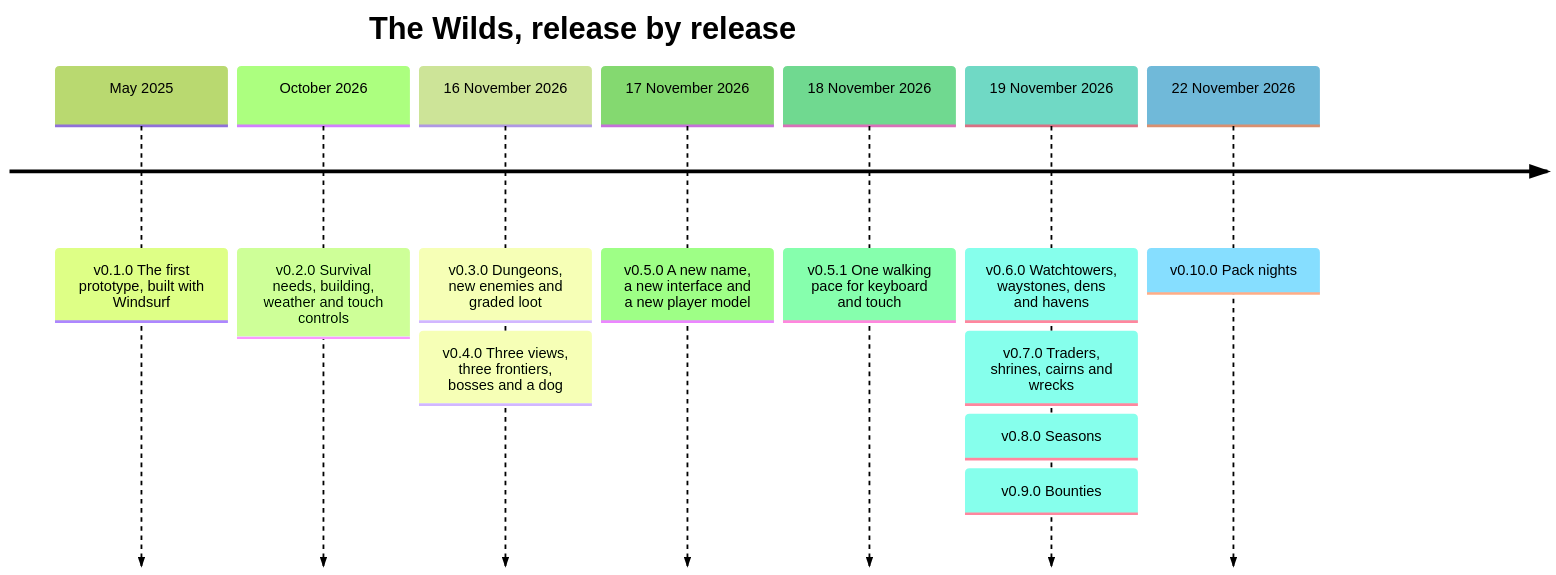
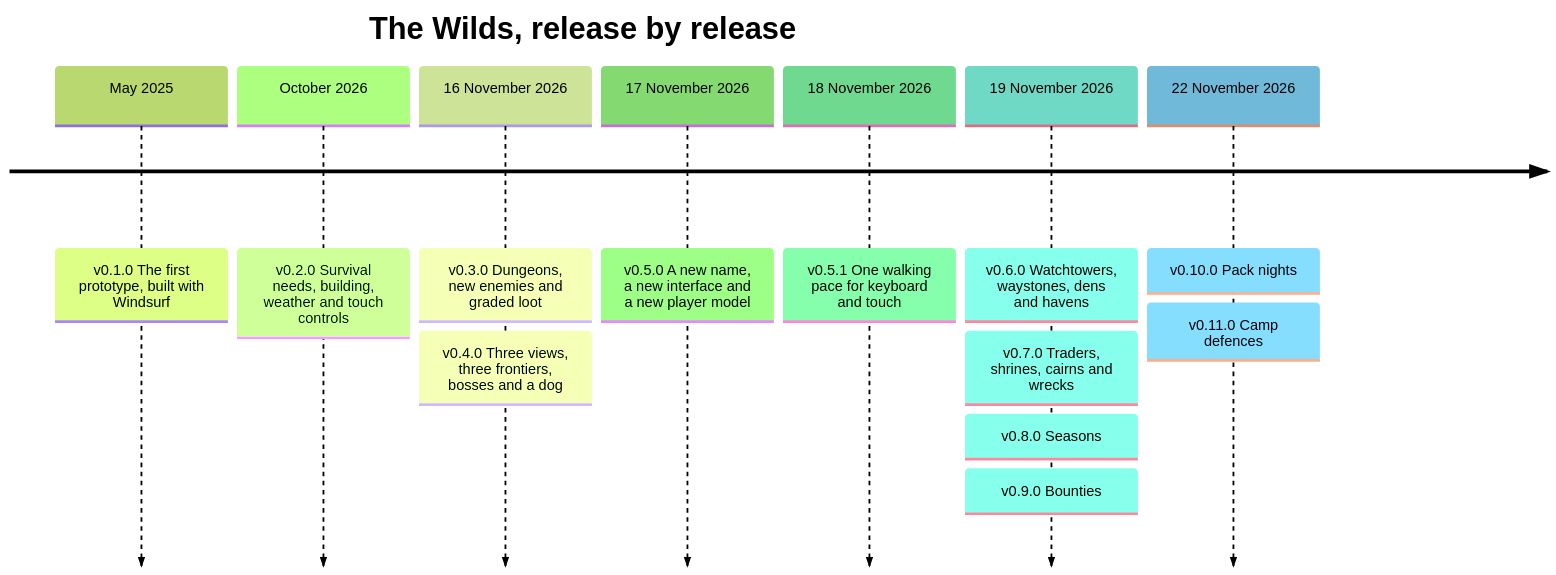
One commit to CptNope/Survival-Game changed the fifth of 5 diagrams in README.md. Above: the diagram before and after it, drawn with Mermaid (forest theme). The commit also changed other lines of this file and 11 other files, not shown here.

First line of the commit message:
Add camp defences: spike traps, palisades and watch fires

````diff
--- a/README.md
+++ b/README.md
@@ -547,15 +567,16 @@
 ```mermaid
 timeline
     title The Wilds, release by release
     May 2025 : v0.1.0 The first prototype, built with Windsurf
     October 2026 : v0.2.0 Survival needs, building, weather and touch controls
     16 November 2026 : v0.3.0 Dungeons, new enemies and graded loot
                      : v0.4.0 Three views, three frontiers, bosses and a dog
     17 November 2026 : v0.5.0 A new name, a new interface and a new player model
     18 November 2026 : v0.5.1 One walking pace for keyboard and touch
     19 November 2026 : v0.6.0 Watchtowers, waystones, dens and havens
                      : v0.7.0 Traders, shrines, cairns and wrecks
                      : v0.8.0 Seasons
                      : v0.9.0 Bounties
     22 November 2026 : v0.10.0 Pack nights
+                     : v0.11.0 Camp defences
 ```
````
